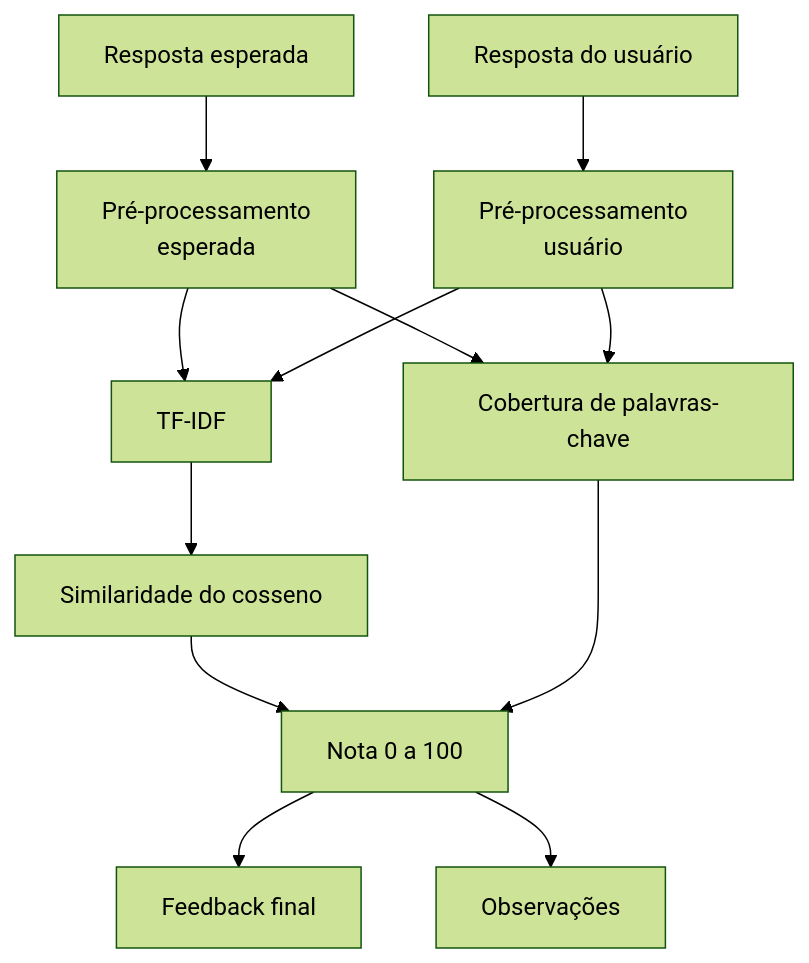
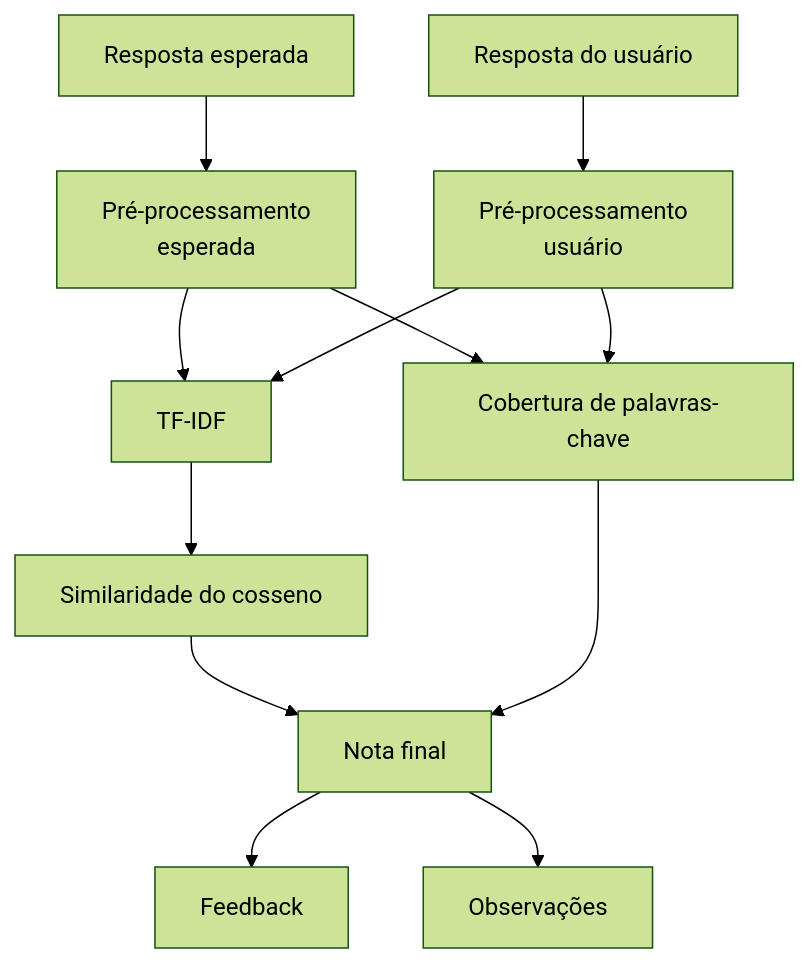
One commit to cidade-felipe/did-it-understand changed the second of 3 diagrams in documentation.md. Above: the diagram before and after it, drawn with Mermaid (forest theme). The commit also changed other lines of this file, not shown here.

````diff
--- a/documentation.md
+++ b/documentation.md
@@ -138,25 +154,25 @@
 ```mermaid
 flowchart TD
     esperada["Resposta esperada"]
     usuario["Resposta do usuário"]
     prep1["Pré-processamento<br/>esperada"]
     prep2["Pré-processamento<br/>usuário"]
     tfidf["TF-IDF"]
     cosseno["Similaridade do cosseno"]
     keywords["Cobertura de palavras-chave"]
-    nota["Nota 0 a 100"]
-    feedback["Feedback final"]
+    nota["Nota final"]
+    feedback["Feedback"]
     obs["Observações"]
 
     esperada --> prep1
     usuario --> prep2
     prep1 --> tfidf
     prep2 --> tfidf
     tfidf --> cosseno
     prep1 --> keywords
     prep2 --> keywords
     cosseno --> nota
     keywords --> nota
     nota --> feedback
     nota --> obs
 ```
````
